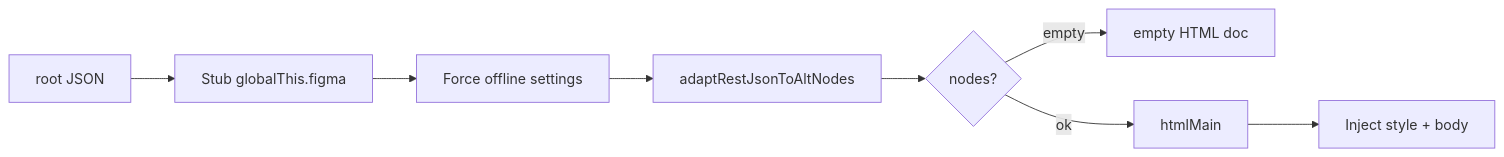
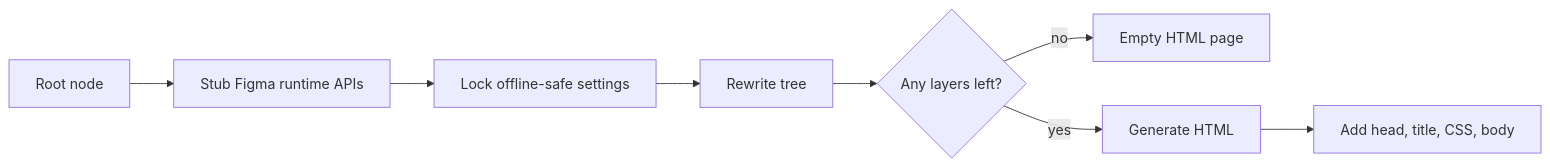
Before and after one commit to CodeByStella/FIGMA2CODE: the second of 4 diagrams in tools/figma-layout/README.md, drawn with Mermaid. The commit also changed other lines of this file, not shown here.

````diff
--- a/tools/figma-layout/README.md
+++ b/tools/figma-layout/README.md
@@ -176,10 +169,10 @@
 ```mermaid
 flowchart LR
-  A["root JSON"] --> B["Stub globalThis.figma"]
-  B --> C["Force offline settings"]
-  C --> D["adaptRestJsonToAltNodes"]
-  D --> E{"nodes?"}
-  E -->|empty| F["empty HTML doc"]
-  E -->|ok| G["htmlMain"]
-  G --> H["Inject style + body"]
+  A["Root node"] --> B["Stub Figma runtime APIs"]
+  B --> C["Lock offline-safe settings"]
+  C --> D["Rewrite tree"]
+  D --> E{"Any layers left?"}
+  E -->|no| F["Empty HTML page"]
+  E -->|yes| G["Generate HTML"]
+  G --> H["Add head, title, CSS, body"]
 ```
````
